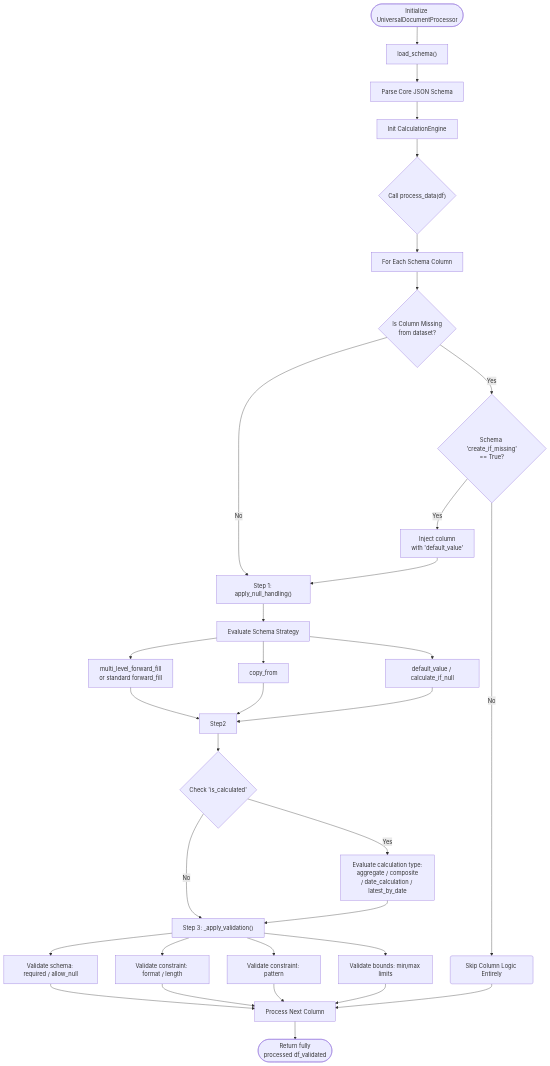
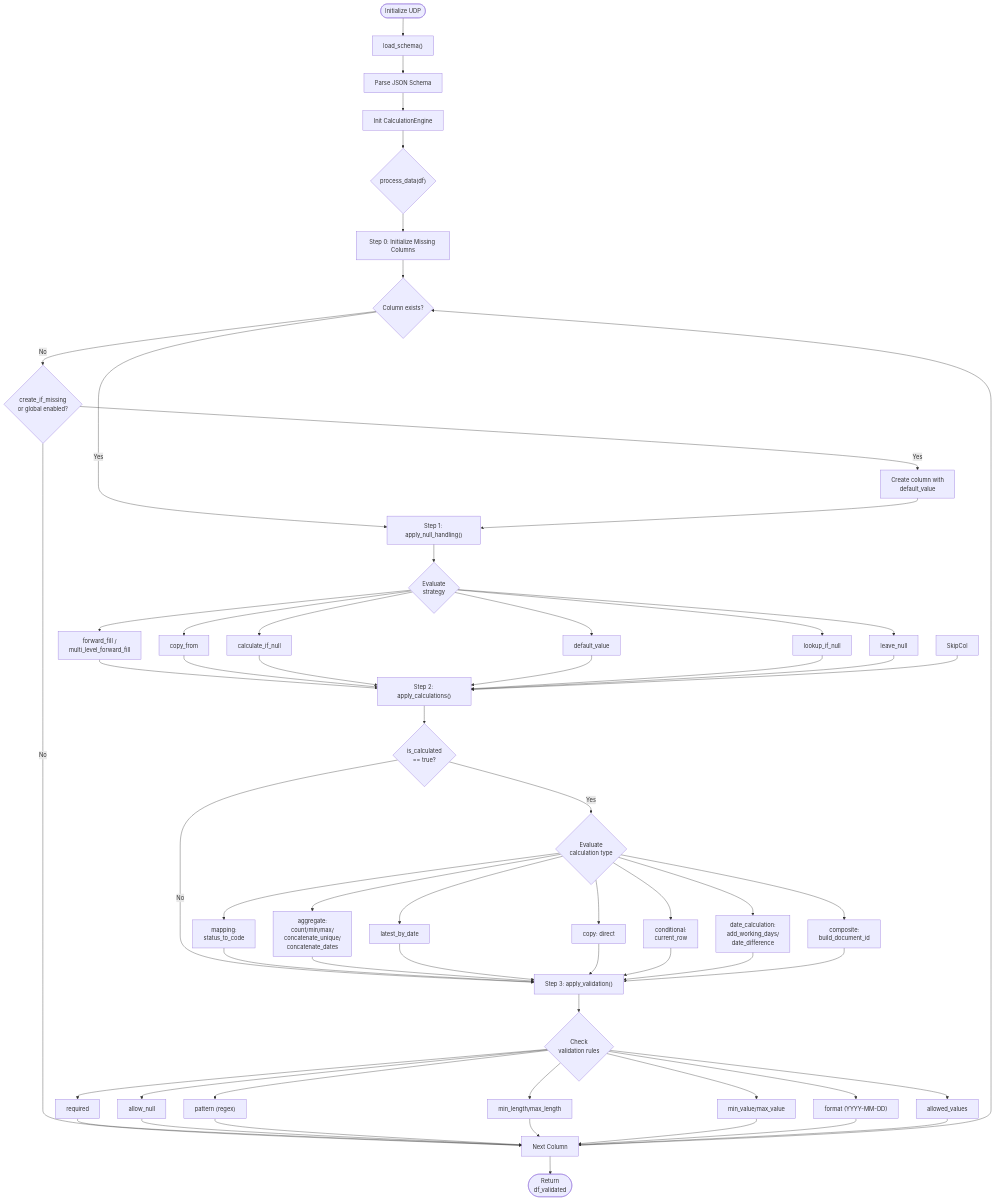
Before and after one commit to chinwarsoon/Engineering-and-Design: the diagram in dcc/workflow/universal_document_processor_instructions.md, drawn with Mermaid. The commit also changed other lines of this file and 2 other files, not shown here.

Commit message:
update null logic with calculation sequence

````diff
--- a/dcc/workflow/universal_document_processor_instructions.md
+++ b/dcc/workflow/universal_document_processor_instructions.md
@@ -12,52 +19,78 @@
 ```mermaid
 flowchart TD
-    %% Workflow Initialization
-    Start([Initialize UniversalDocumentProcessor]) --> LoadSchema["load_schema()"]
-    LoadSchema --> Parse["Parse Core JSON Schema"]
-    Parse --> Engine["Init CalculationEngine"]
-    
-    %% Execution Chain
-    Engine --> ProcessData{"Call process_data(df)"}
-    ProcessData --> ColLoop["For Each Schema Column"]
+    %% Initialization
+    Start([Initialize UDP]) --> LoadSchema["load_schema()"]
+    LoadSchema --> Parse["Parse JSON Schema"]
+    Parse --> InitEngine["Init CalculationEngine"]
+
+    %% Main Processing
+    InitEngine --> ProcessData{"process_data(df)"}
+    ProcessData --> Step0["Step 0: Initialize Missing Columns"]
     
     %% Step 0
-    ColLoop --> MissingCheck{"Is Column Missing<br>from dataset?"}
-    MissingCheck -- "Yes" --> SchemaCreate{"Schema 'create_if_missing'<br>== True?"}
-    MissingCheck -- "No" --> Step1["Step 1: apply_null_handling()"]
-    
-    SchemaCreate -- "Yes" --> Inject["Inject column<br>with 'default_value'"]
-    SchemaCreate -- "No" --> SkipCol("Skip Column Logic Entirely")
-    
+    Step0 --> ColCheck{"Column exists?"}
+    ColCheck -- "No" --> CreateCheck{"create_if_missing<br>or global enabled?"}
+    ColCheck -- "Yes" --> Step1
+    CreateCheck -- "Yes" --> Inject["Create column with<br>default_value"]
+    CreateCheck -- "No" --> NextCol
     Inject --> Step1
     
     %% Step 1
-    Step1["Step 1: apply_null_handling()"] --> Strategy["Evaluate Schema Strategy"]
-    
-    Strategy --> ForwardFill["multi_level_forward_fill<br>or standard forward_fill"]
-    Strategy --> Copy["copy_from"]
-    Strategy --> SpecificFallback["default_value / calculate_if_null"]
+    Step1["Step 1: apply_null_handling()"] --> EvalStrategy{"Evaluate<br>strategy"}
+    EvalStrategy --> ForwardFill["forward_fill /<br>multi_level_forward_fill"]
+    EvalStrategy --> CopyFrom["copy_from"]
+    EvalStrategy --> CalcIfNull["calculate_if_null"]
+    EvalStrategy --> DefaultValue["default_value"]
+    EvalStrategy --> LookupIfNull["lookup_if_null"]
+    EvalStrategy --> LeaveNull["leave_null"]
     
     ForwardFill --> Step2
-    Copy --> Step2
-    SpecificFallback --> Step2
+    CopyFrom --> Step2
+    CalcIfNull --> Step2
+    DefaultValue --> Step2
+    LookupIfNull --> Step2
+    LeaveNull --> Step2
+    SkipCol --> Step2
     
     %% Step 2
-    Step2 --> CalcType{"Check 'is_calculated'"}
-    CalcType -- "Yes" --> Aggregate["Evaluate calculation type:<br>aggregate / composite<br>/ date_calculation / latest_by_date"]
-    CalcType -- "No" --> Step3["Step 3: _apply_validation()"]
+    Step2["Step 2: apply_calculations()"] --> IsCalc{"is_calculated<br>== true?"}
+    IsCalc -- "No" --> Step3
+    IsCalc -- "Yes" --> EvalCalc{"Evaluate<br>calculation type"}
+    
+    EvalCalc --> Mapping["mapping:<br>status_to_code"]
+    EvalCalc --> Aggregate["aggregate:<br>count/min/max/<br>concatenate_unique/<br>concatenate_dates"]
+    EvalCalc --> LatestByDate["latest_by_date"]
+    EvalCalc --> Copy["copy: direct"]
+    EvalCalc --> Conditional["conditional:<br>current_row"]
+    EvalCalc --> DateCalc["date_calculation:<br>add_working_days/<br>date_difference"]
+    EvalCalc --> Composite["composite:<br>build_document_id"]
+    
+    Mapping --> Step3
     Aggregate --> Step3
+    LatestByDate --> Step3
+    Copy --> Step3
+    Conditional --> Step3
+    DateCalc --> Step3
+    Composite --> Step3
     
     %% Step 3
-    Step3 --> Meta["Validate schema: required / allow_null"]
-    Step3 --> Regex["Validate constraint: pattern"]
-    Step3 --> Limits["Validate constraint: format / length"]
-    Step3 --> Numerical["Validate bounds: min/max limits"]
+    Step3["Step 3: apply_validation()"] --> ValidateRules{"Check<br>validation rules"}
+    ValidateRules --> Required["required"]
+    ValidateRules --> AllowNull["allow_null"]
+    ValidateRules --> Pattern["pattern (regex)"]
+    ValidateRules --> MinMaxLen["min_length/max_length"]
+    ValidateRules --> MinMaxVal["min_value/max_value"]
+    ValidateRules --> Format["format (YYYY-MM-DD)"]
+    ValidateRules --> AllowedVals["allowed_values"]
     
-    Meta --> NextCol
-    Limits --> NextCol
-    Regex --> NextCol
-    Numerical --> NextCol
+    Required --> NextCol
+    AllowNull --> NextCol
+    Pattern --> NextCol
+    MinMaxLen --> NextCol
+    MinMaxVal --> NextCol
+    Format --> NextCol
+    AllowedVals --> NextCol
     
-    SkipCol --> NextCol["Process Next Column"]
-    NextCol --> Finished([Return fully<br>processed df_validated])
+    NextCol["Next Column"] --> ColCheck
+    NextCol --> Finished([Return<br>df_validated])
 ```
````
